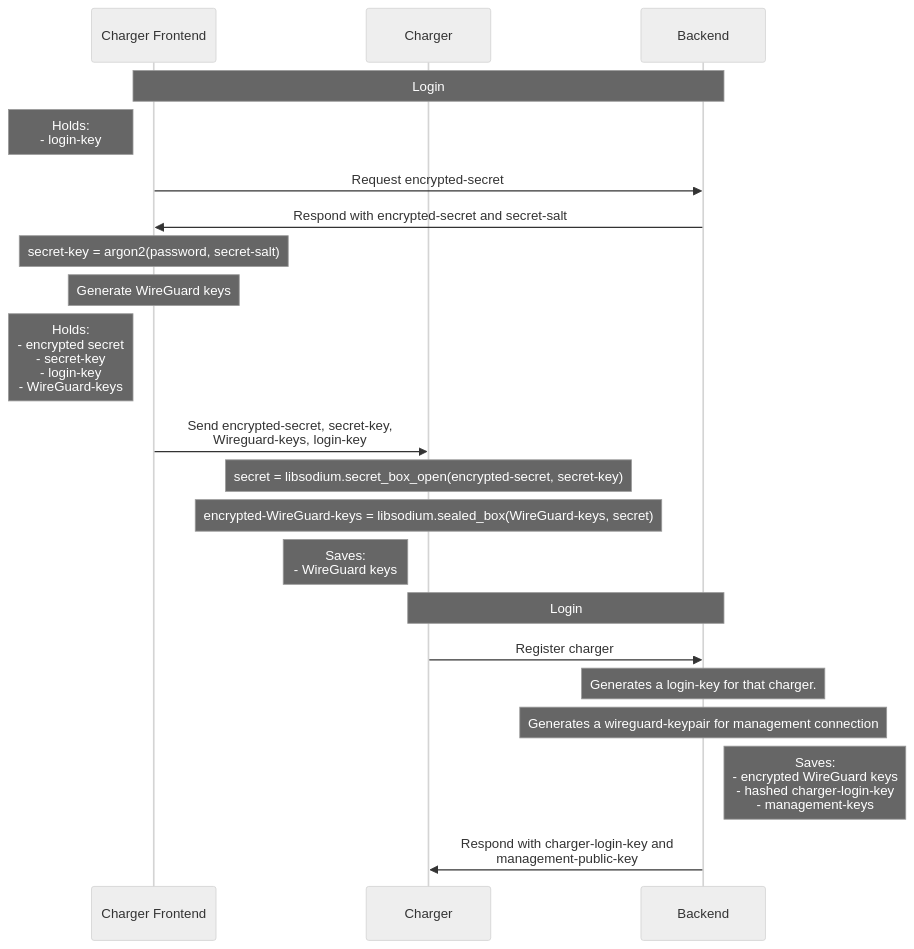
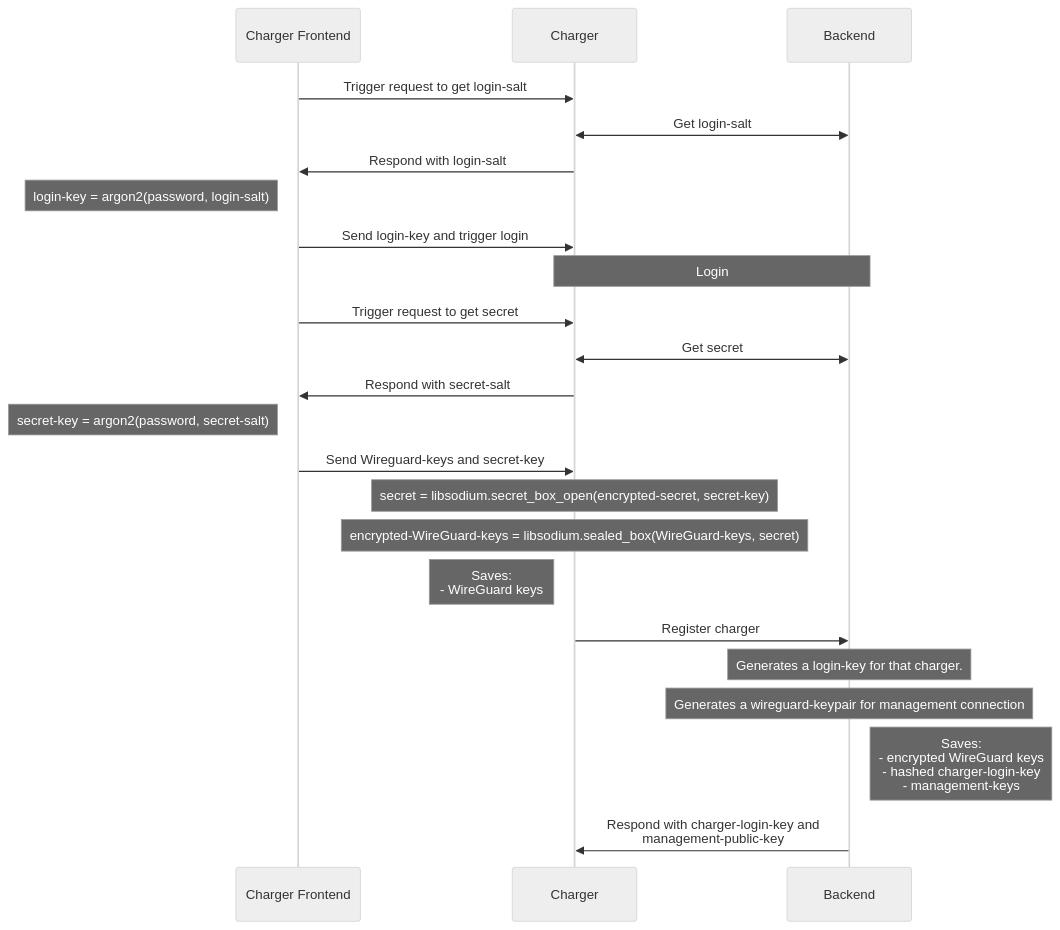
The fifth of 10 diagrams in sequence.md (Tinkerforge/esp32-remote-access), drawn with Mermaid (neutral theme) before and after one commit.

Commit message:
sequence.md: update Charger registration process.

````diff
--- a/sequence.md
+++ b/sequence.md
@@ -102,31 +102,32 @@
 ```mermaid
 sequenceDiagram
     participant Charger Frontend
     participant Charger
     participant Backend
 
-    Note over Charger Frontend, Backend: Login
+    Charger Frontend->>Charger: Trigger request to get login-salt
+    Charger<<->>Backend: Get login-salt
+    Charger->>Charger Frontend: Respond with login-salt
+    Note left of Charger Frontend: login-key = argon2(password, login-salt)
 
-    Note left of Charger Frontend: Holds: <br> - login-key
-    Charger Frontend->>Backend: Request encrypted-secret
+    Charger Frontend->>Charger: Send login-key and trigger login
+    Note over Charger, Backend: Login
 
-    Backend->>Charger Frontend: Respond with encrypted-secret and secret-salt
-    Note over Charger Frontend: secret-key = argon2(password, secret-salt)
-    Note over Charger Frontend: Generate WireGuard keys
+    Charger Frontend->>Charger: Trigger request to get secret
+    Charger<<->>Backend: Get secret
+    Charger->>Charger Frontend: Respond with secret-salt
+    Note left of Charger Frontend: secret-key = argon2(password, secret-salt)
 
-    Note left of Charger Frontend: Holds: <br> - encrypted secret <br> - secret-key <br> - login-key <br> - WireGuard-keys
-
-    Charger Frontend->>Charger: Send encrypted-secret, secret-key, <br> Wireguard-keys, login-key
+    Charger Frontend->>Charger: Send Wireguard-keys and secret-key
     Note over Charger: secret = libsodium.secret_box_open(encrypted-secret, secret-key)
     Note over Charger: encrypted-WireGuard-keys = libsodium.sealed_box(WireGuard-keys, secret)
 
     Note left of Charger: Saves: <br> - WireGuard keys
 
-    Note over Charger, Backend: Login
 
     Charger->>Backend: Register charger
     Note over Backend: Generates a login-key for that charger.
     Note over Backend: Generates a wireguard-keypair for management connection
     Note right of Backend: Saves: <br> - encrypted WireGuard keys <br> - hashed charger-login-key <br> - management-keys
     Backend->>Charger: Respond with charger-login-key and <br> management-public-key
 ```
````
